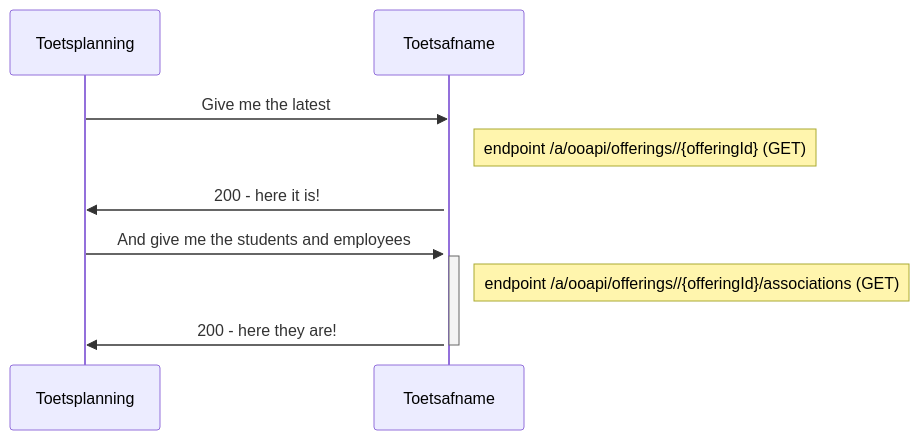
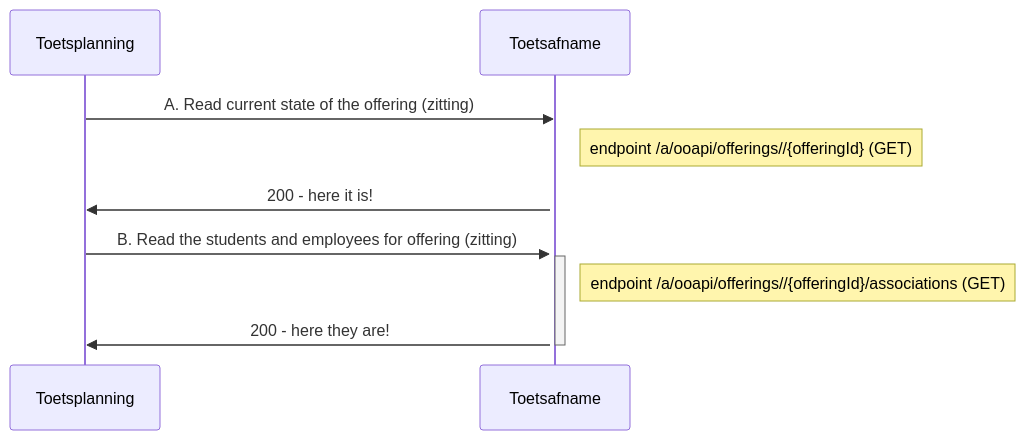
Before and after one commit to NetwerkExamineringDigitalisering/NED-OOAPI: the eighth of 8 diagrams in doc/flow2.md, drawn with Mermaid. The commit also changed other lines of this file, not shown here.

First line of the commit message:
Update flow2.md

````diff
--- a/doc/flow2.md
+++ b/doc/flow2.md
@@ -361,12 +361,12 @@
 ```mermaid
 sequenceDiagram
-    Toetsplanning->>Toetsafname: Give me the latest
+    Toetsplanning->>Toetsafname: A. Read current state of the offering (zitting)
     activate Toetsafname
     Note right of Toetsafname: endpoint /a/ooapi/offerings//{offeringId} (GET)
     Toetsafname->>Toetsplanning: 200 - here it is!
-    Toetsplanning->>Toetsafname: And give me the students and employees
+    Toetsplanning->>Toetsafname: B. Read the students and employees for offering (zitting)
     activate Toetsafname
     Note right of Toetsafname: endpoint /a/ooapi/offerings//{offeringId}/associations (GET)
     Toetsafname->>Toetsplanning: 200 - here they are!
     deactivate Toetsafname
 ```
````
